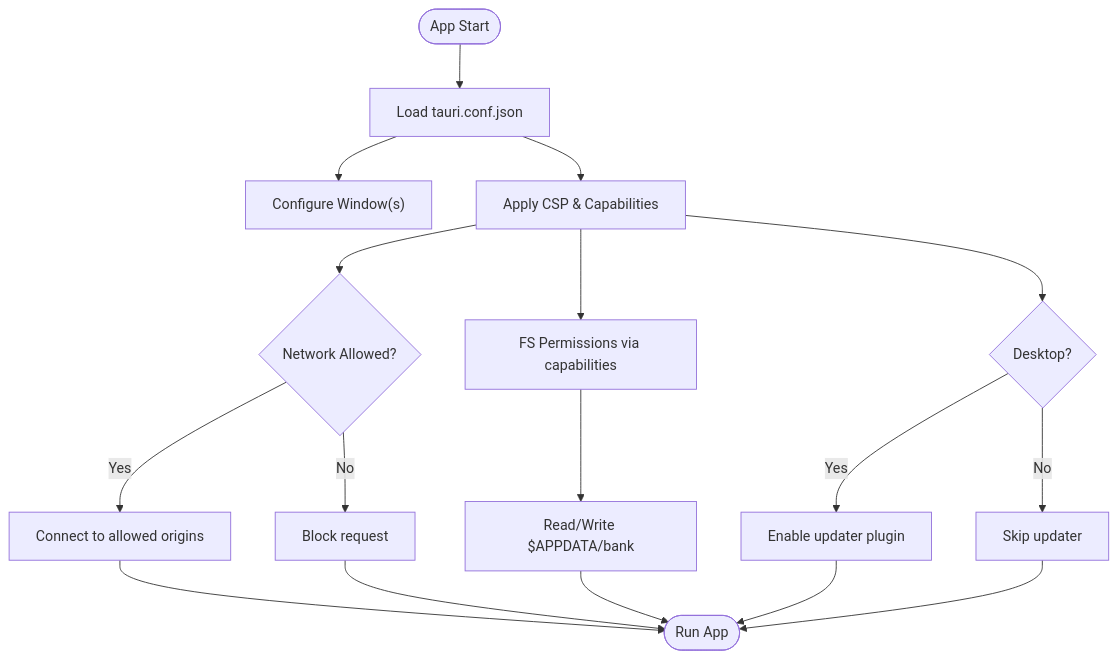
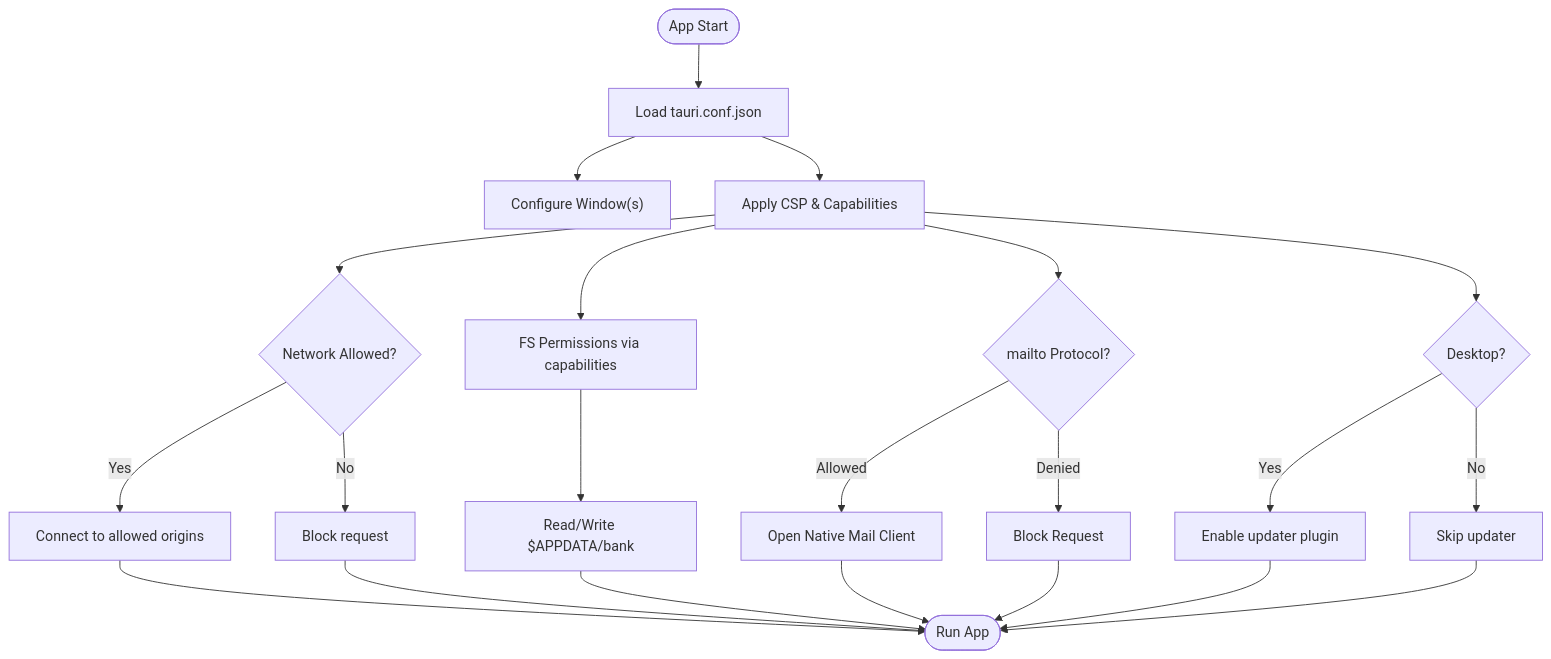
The fourth of 10 diagrams in .qoder/repowiki/en/content/Desktop and Mobile Applications/Tauri Application Shell.md (muhammadhabibullah/tbs-lpdp), drawn with Mermaid before and after one commit. The commit also changed other lines of this file and 88 other files, not shown here.

````diff
--- a/.qoder/repowiki/en/content/Desktop and Mobile Applications/Tauri Application Shell.md
+++ b/.qoder/repowiki/en/content/Desktop and Mobile Applications/Tauri Application Shell.md
@@ -170,19 +196,24 @@
 ```mermaid
 flowchart TD
 Start(["App Start"]) --> LoadCfg["Load tauri.conf.json"]
 LoadCfg --> Windows["Configure Window(s)"]
 LoadCfg --> Security["Apply CSP & Capabilities"]
 Security --> Net{"Network Allowed?"}
 Net --> |Yes| Connect["Connect to allowed origins"]
 Net --> |No| Deny["Block request"]
 Security --> FS["FS Permissions via capabilities"]
 FS --> Persist["Read/Write $APPDATA/bank"]
+Security --> Email{"mailto Protocol?"}
+Email --> |Allowed| MailClient["Open Native Mail Client"]
+Email --> |Denied| Block["Block Request"]
 Security --> Updater{"Desktop?"}
 Updater --> |Yes| Update["Enable updater plugin"]
 Updater --> |No| Skip["Skip updater"]
 Connect --> End(["Run App"])
 Deny --> End
 Persist --> End
+MailClient --> End
+Block --> End
 Update --> End
 Skip --> End
 ```
````
